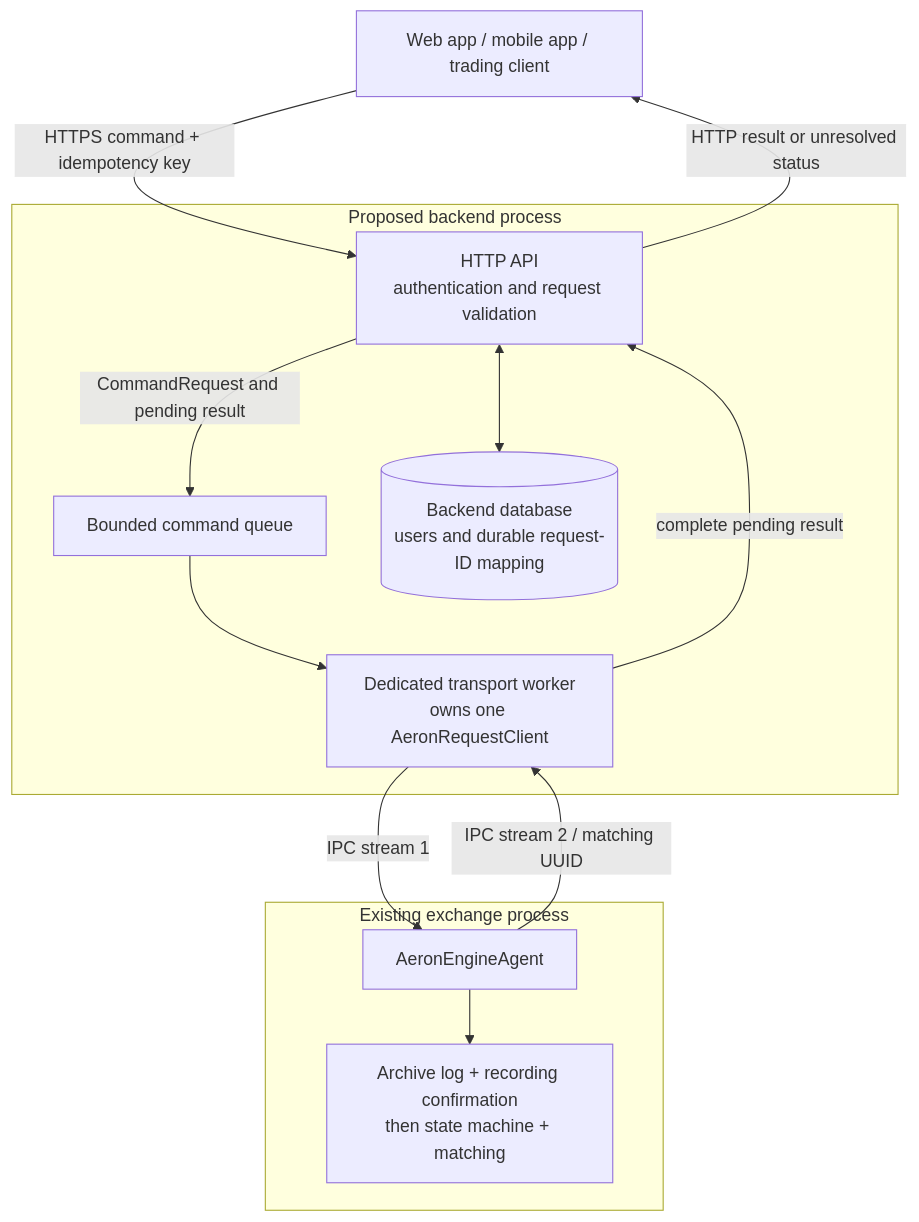
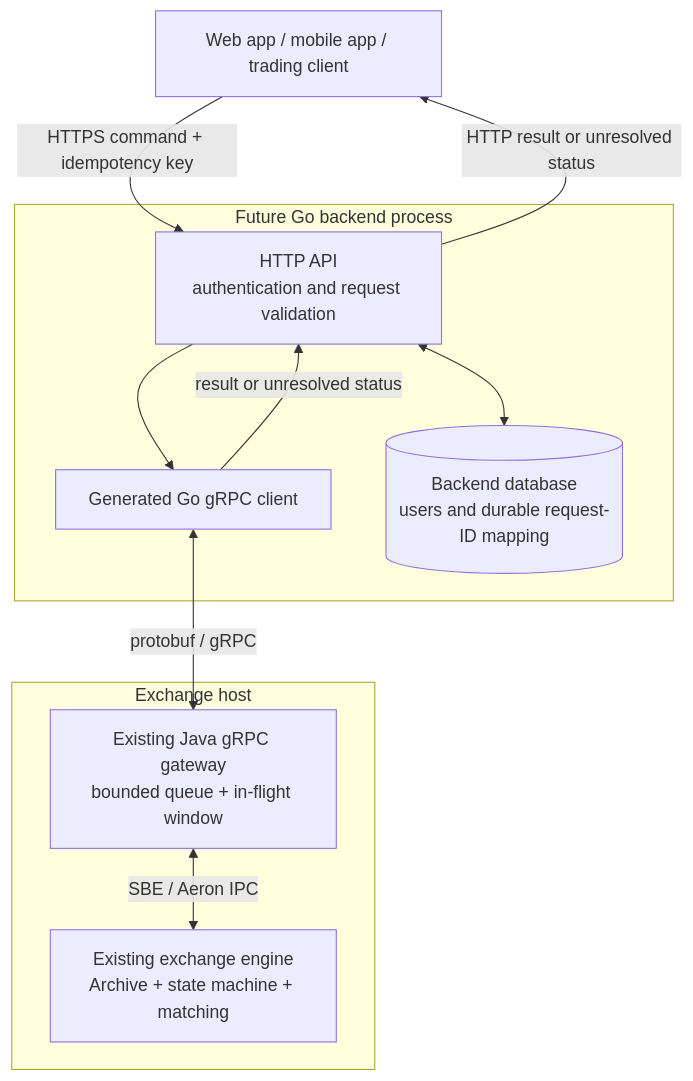
One commit to samctensen/exchange-lab changed the second of 3 diagrams in docs/architecture.md. Above: the diagram before and after it, drawn with Mermaid. The commit also changed other lines of this file and 2 other files, not shown here.

Commit message:
docs: describe gateway pipelining and concurrent backend calls

````diff
--- a/docs/architecture.md
+++ b/docs/architecture.md
@@ -46,23 +59,20 @@
 ```mermaid
 flowchart TB
   User["Web app / mobile app / trading client"]
-  subgraph Backend["Proposed backend process"]
+  subgraph Backend["Future Go backend process"]
     API["HTTP API<br/>authentication and request validation"]
-    Queue["Bounded command queue"]
-    Worker["Dedicated transport worker<br/>owns one AeronRequestClient"]
+    Grpc["Generated Go gRPC client"]
     Store[("Backend database<br/>users and durable request-ID mapping")]
-    API -->|"CommandRequest and pending result"| Queue
-    Queue --> Worker
+    API --> Grpc
     API <--> Store
-    Worker -->|"complete pending result"| API
+    Grpc -->|"result or unresolved status"| API
   end
-  subgraph Exchange["Existing exchange process"]
-    Agent["AeronEngineAgent"]
-    Core["Archive log + recording confirmation<br/>then state machine + matching"]
-    Agent --> Core
+  subgraph Host["Exchange host"]
+    Gateway["Existing Java gRPC gateway<br/>bounded queue + in-flight window"]
+    Agent["Existing exchange engine<br/>Archive + state machine + matching"]
+    Gateway <-->|"SBE / Aeron IPC"| Agent
   end
   User -->|"HTTPS command + idempotency key"| API
   API -->|"HTTP result or unresolved status"| User
-  Worker -->|"IPC stream 1"| Agent
-  Agent -->|"IPC stream 2 / matching UUID"| Worker
+  Grpc <-->|"protobuf / gRPC"| Gateway
 ```
````
